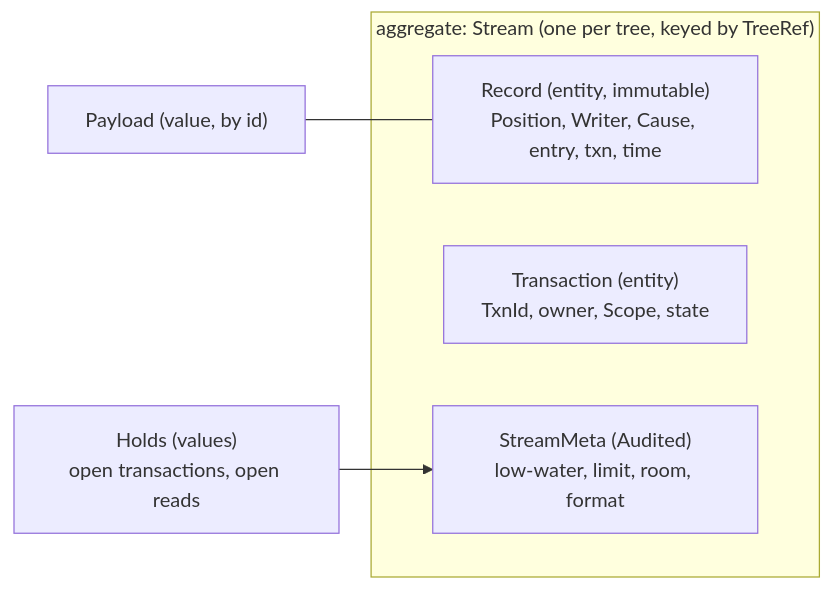
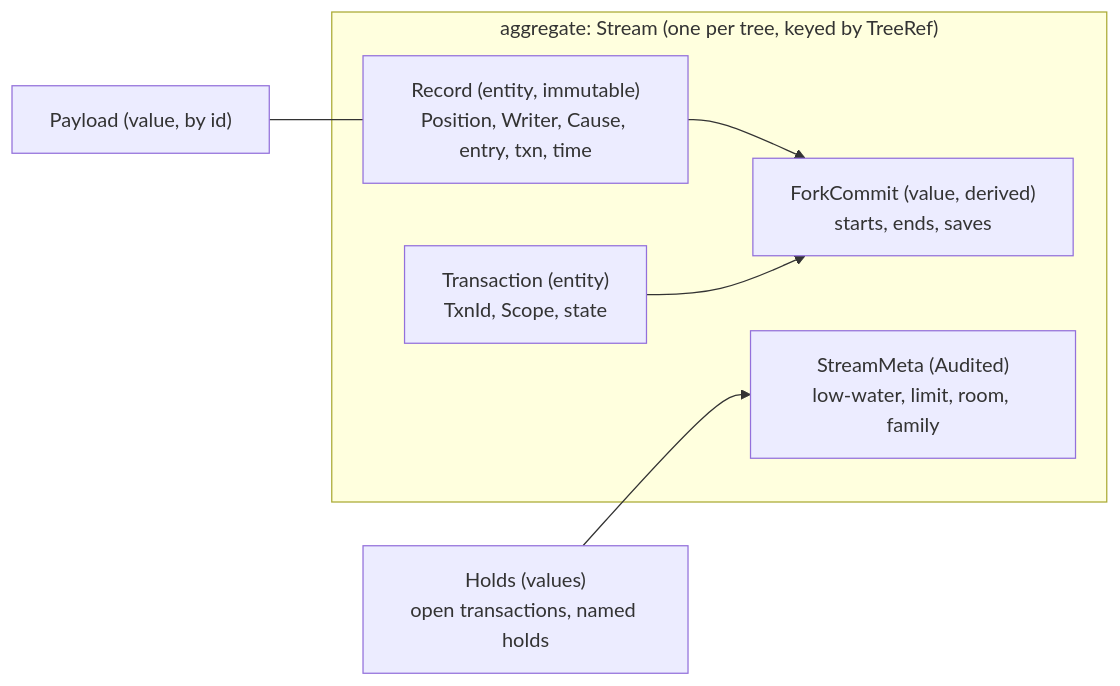
Before and after one commit to mcurcio/agentfs: the first of 6 diagrams in docs/target-architecture/domains/journal.md, drawn with Mermaid. The commit also changed other lines of this file and 12 other files, not shown here.

````diff
--- a/docs/target-architecture/domains/journal.md
+++ b/docs/target-architecture/domains/journal.md
@@ -41,10 +42,13 @@
 ```mermaid
 flowchart LR
   subgraph Agg["aggregate: Stream (one per tree, keyed by TreeRef)"]
     R["Record (entity, immutable)\nPosition, Writer, Cause, entry, txn, time"]
-    T["Transaction (entity)\nTxnId, owner, Scope, state"]
-    M["StreamMeta (Audited)\nlow-water, limit, room, format"]
+    T["Transaction (entity)\nTxnId, Scope, state"]
+    FC["ForkCommit (value, derived)\nstarts, ends, saves"]
+    M["StreamMeta (Audited)\nlow-water, limit, room, family"]
   end
   P["Payload (value, by id)"] --- R
-  H["Holds (values)\nopen transactions, open reads"] --> M
+  R --> FC
+  T --> FC
+  H["Holds (values)\nopen transactions, named holds"] --> M
 ```
````
